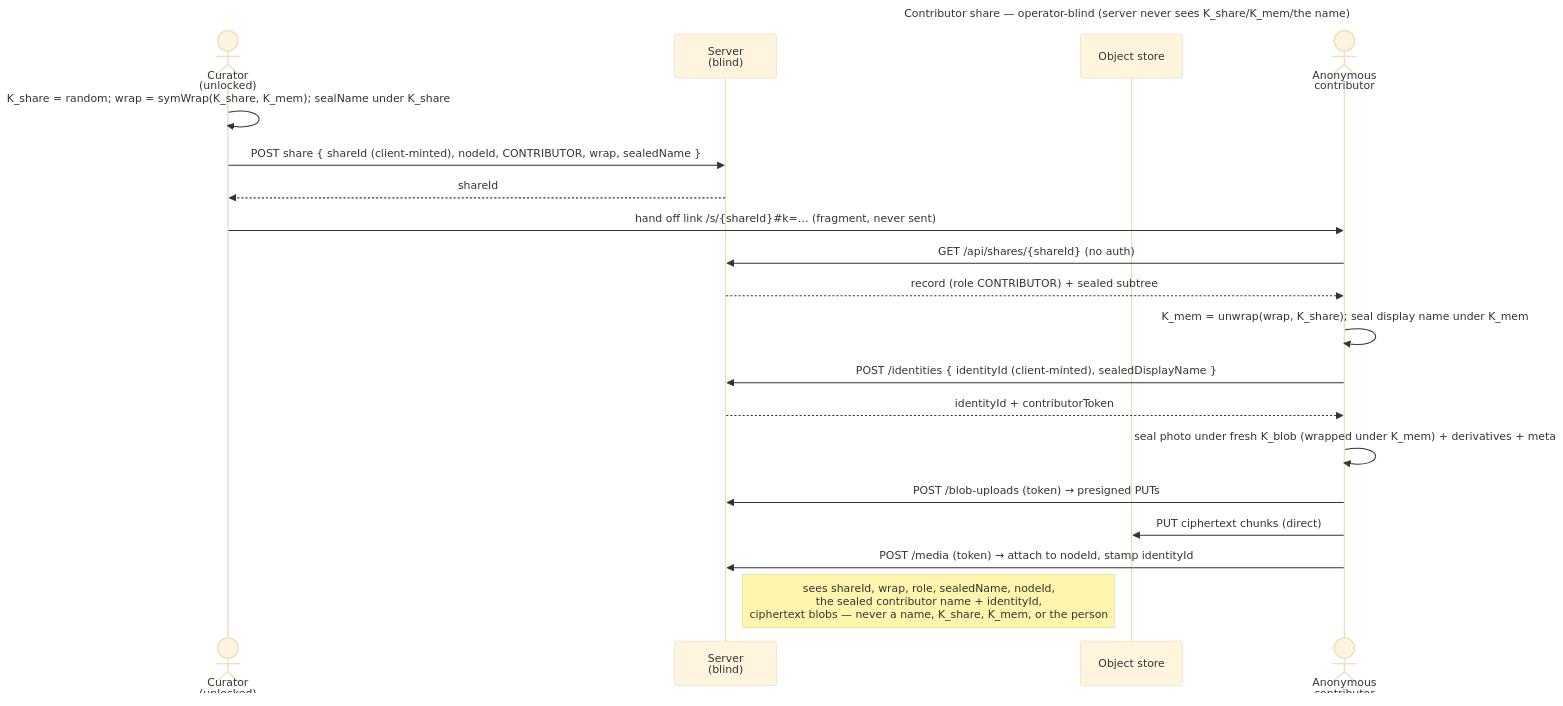
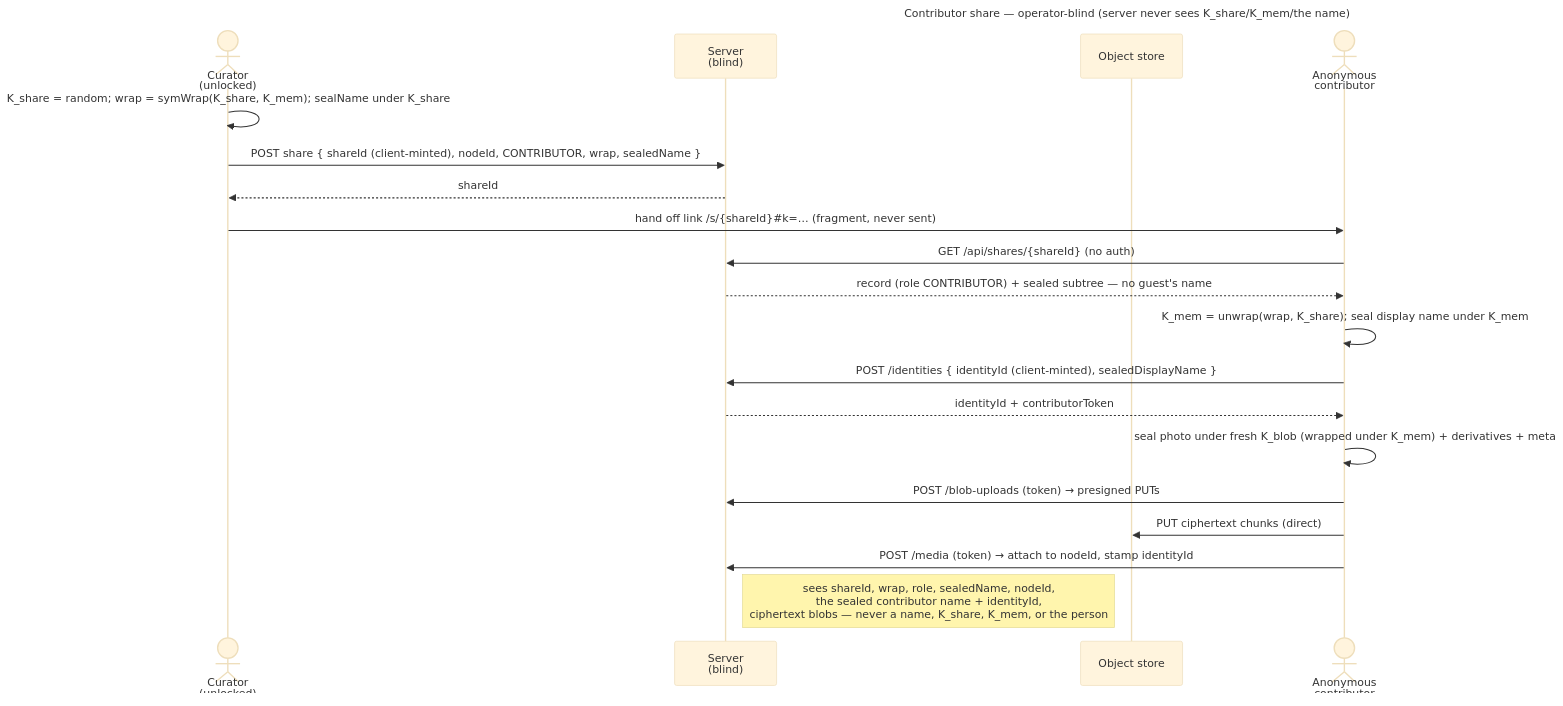
The diagram in docs/features/sharing/use-cases/uc.sharing.share-contributor.md (raddatzk/veyq), drawn with Mermaid (base theme) before and after one commit. The commit also changed other lines of this file and 7 other files, not shown here.

First line of the commit message:
docs: a guest's name is for the Memory's members — ADR 0030 point 8 built as the owner chose

````diff
--- a/docs/features/sharing/use-cases/uc.sharing.share-contributor.md
+++ b/docs/features/sharing/use-cases/uc.sharing.share-contributor.md
@@ -49,24 +51,24 @@
 ```mermaid
 ---
 title: Contributor share — operator-blind (server never sees K_share/K_mem/the name)
 ---
 sequenceDiagram
   actor C as Curator<br>(unlocked)
   participant S as Server<br>(blind)
   participant O as Object store
   actor V as Anonymous<br>contributor
   C->>C: K_share = random#59; wrap = symWrap(K_share, K_mem)#59; sealName under K_share
   C->>S: POST share { shareId (client-minted), nodeId, CONTRIBUTOR, wrap, sealedName }
   S-->>C: shareId
   C->>V: hand off link /s/{shareId}#35;k=…   (fragment, never sent)
   V->>S: GET /api/shares/{shareId}   (no auth)
-  S-->>V: record (role CONTRIBUTOR) + sealed subtree
+  S-->>V: record (role CONTRIBUTOR) + sealed subtree — no guest's name
   V->>V: K_mem = unwrap(wrap, K_share)#59; seal display name under K_mem
   V->>S: POST /identities { identityId (client-minted), sealedDisplayName }
   S-->>V: identityId + contributorToken
   V->>V: seal photo under fresh K_blob (wrapped under K_mem) + derivatives + meta
   V->>S: POST /blob-uploads (token) → presigned PUTs
   V->>O: PUT ciphertext chunks (direct)
   V->>S: POST /media (token) → attach to nodeId, stamp identityId
   Note right of S: sees shareId, wrap, role, sealedName, nodeId,<br>the sealed contributor name + identityId,<br>ciphertext blobs — never a name, K_share, K_mem, or the person
 ```
````
